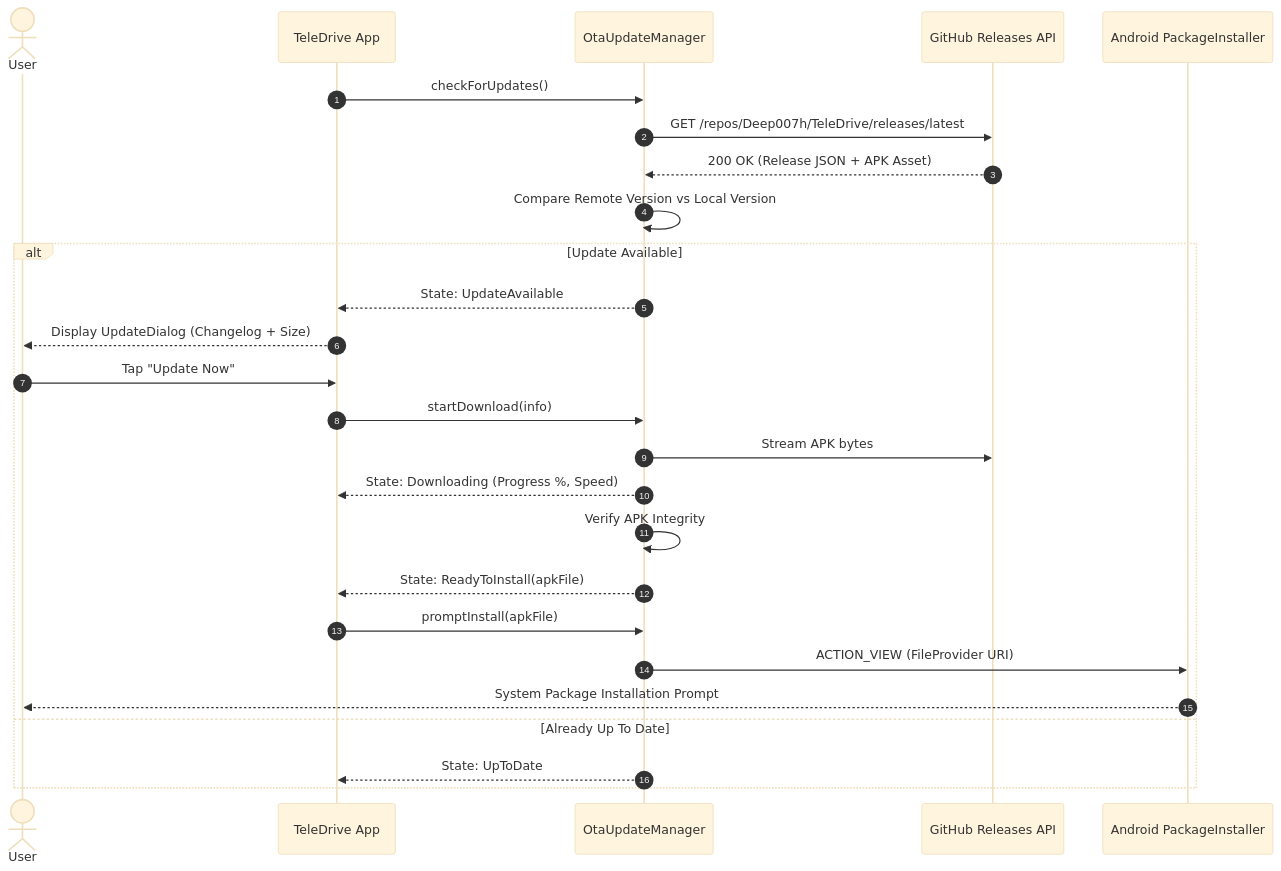
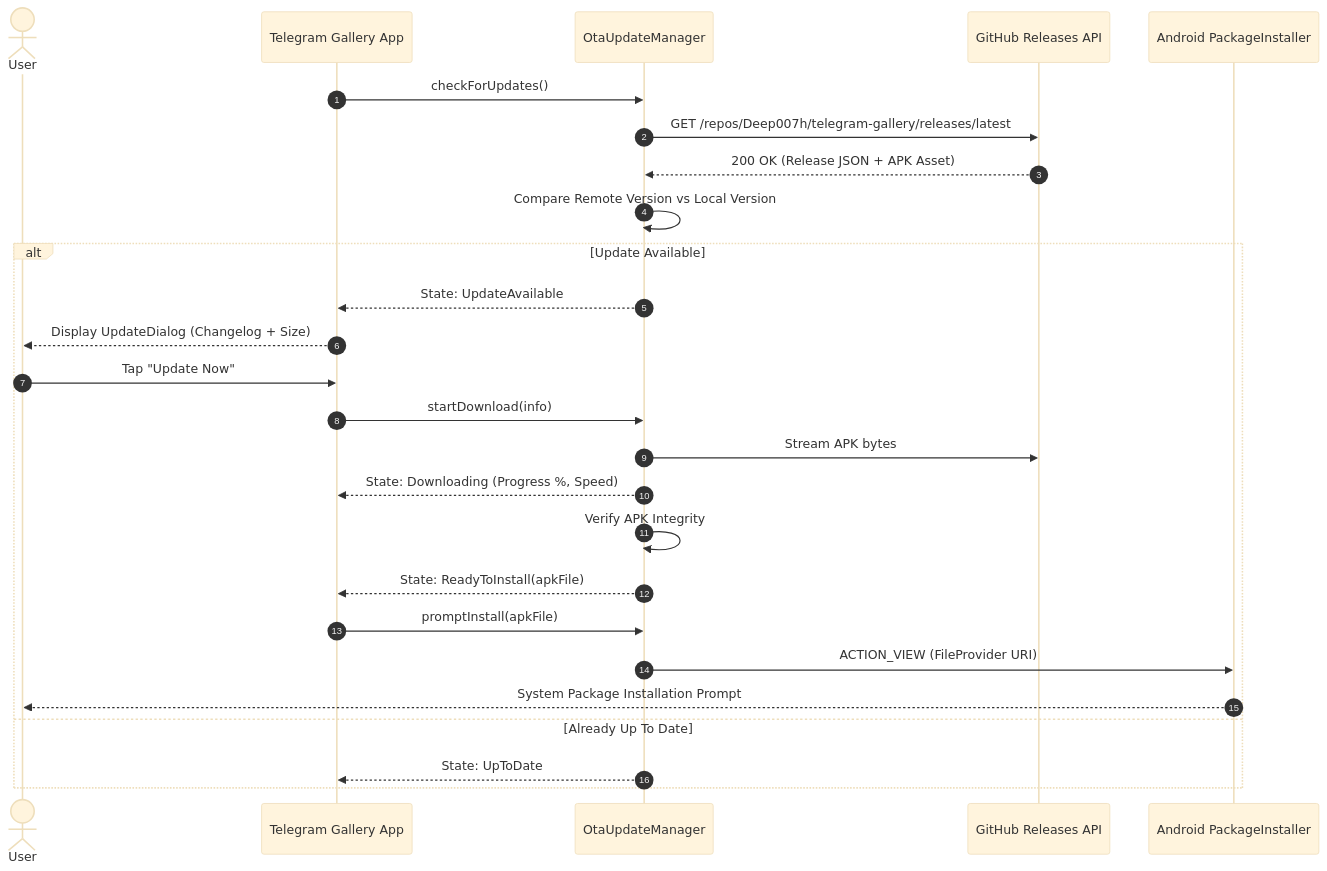
One commit to Deep007h/TeleDrive changed the third of 3 diagrams in README.md. Above: the diagram before and after it, drawn with Mermaid (base theme). The commit also changed other lines of this file, not shown here.

Commit message:
Update README branding, title, clone URLs, and OTA endpoint to Telegram Gallery

````diff
--- a/README.md
+++ b/README.md
@@ -166,29 +166,29 @@
 ```mermaid
 sequenceDiagram
     autonumber
     actor User as User
-    participant App as TeleDrive App
+    participant App as Telegram Gallery App
     participant Ota as OtaUpdateManager
     participant GitHub as GitHub Releases API
     participant Installer as Android PackageInstaller
 
     App->>Ota: checkForUpdates()
-    Ota->>GitHub: GET /repos/Deep007h/TeleDrive/releases/latest
+    Ota->>GitHub: GET /repos/Deep007h/telegram-gallery/releases/latest
     GitHub-->>Ota: 200 OK (Release JSON + APK Asset)
     Ota->>Ota: Compare Remote Version vs Local Version
     alt Update Available
         Ota-->>App: State: UpdateAvailable
         App-->>User: Display UpdateDialog (Changelog + Size)
         User->>App: Tap "Update Now"
         App->>Ota: startDownload(info)
         Ota->>GitHub: Stream APK bytes
         Ota-->>App: State: Downloading (Progress %, Speed)
         Ota->>Ota: Verify APK Integrity
         Ota-->>App: State: ReadyToInstall(apkFile)
         App->>Ota: promptInstall(apkFile)
         Ota->>Installer: ACTION_VIEW (FileProvider URI)
         Installer-->>User: System Package Installation Prompt
     else Already Up To Date
         Ota-->>App: State: UpToDate
     end
 ```
````
